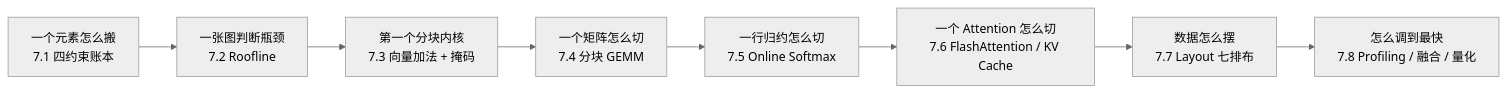
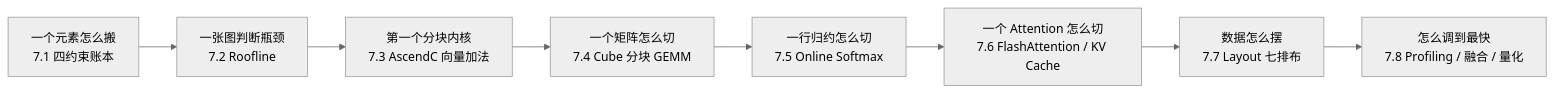
Diagram 20 of 27 in AscendC算子学习指导.md (kangdl/AscendC_Basic_Knowledge), drawn with Mermaid (neutral theme) before and after one commit. The commit also changed other lines of this file and 3 other files, not shown here.

````diff
--- a/AscendC算子学习指导.md
+++ b/AscendC算子学习指导.md
@@ -4832,10 +4836,10 @@
 ```mermaid
 flowchart LR
     A["一个元素怎么搬<br/>7.1 四约束账本"] --> B["一张图判断瓶颈<br/>7.2 Roofline"]
-    B --> C["第一个分块内核<br/>7.3 向量加法 + 掩码"]
-    C --> D["一个矩阵怎么切<br/>7.4 分块 GEMM"]
+    B --> C["第一个分块内核<br/>7.3 AscendC 向量加法"]
+    C --> D["一个矩阵怎么切<br/>7.4 Cube 分块 GEMM"]
     D --> E["一行归约怎么切<br/>7.5 Online Softmax"]
     E --> F["一个 Attention 怎么切<br/>7.6 FlashAttention / KV Cache"]
     F --> G["数据怎么摆<br/>7.7 Layout 七排布"]
     G --> H["怎么调到最快<br/>7.8 Profiling / 融合 / 量化"]
 ```
````
